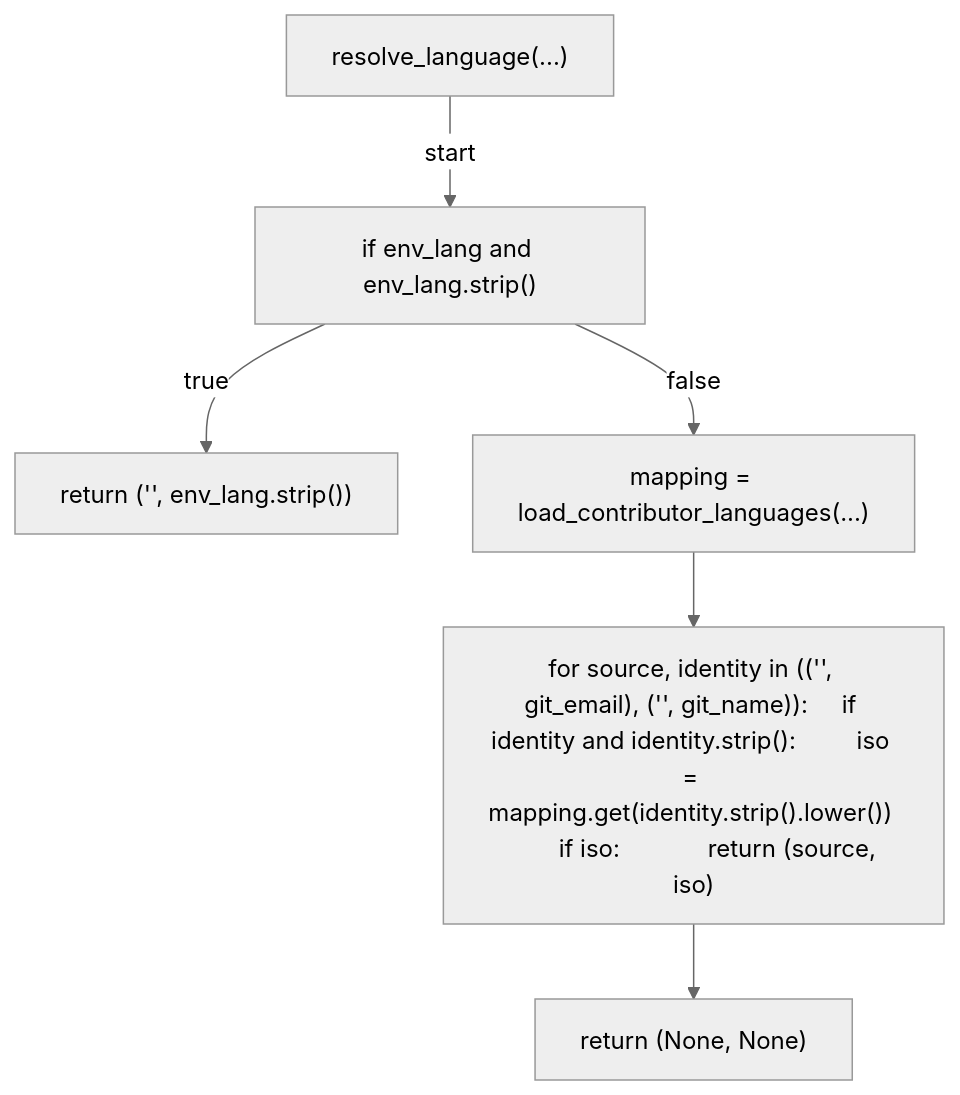
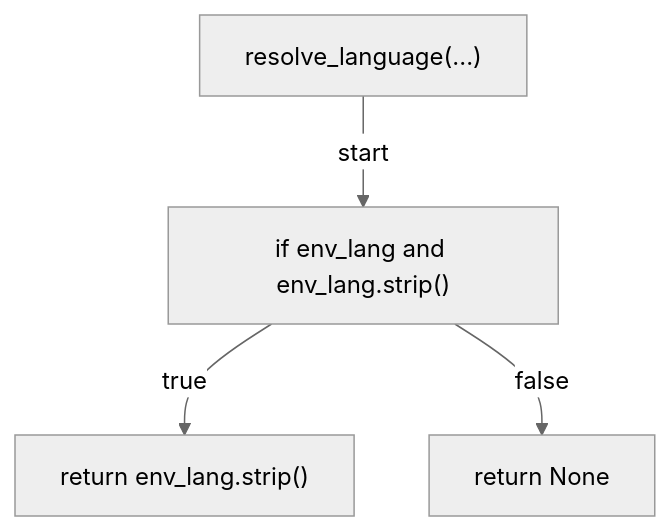
Before and after one commit to tvna/claude-md: the first of 6 diagrams in docs/generated/scripts/ast/plan_language_context.md, drawn with Mermaid (neutral theme). The commit also changed other lines of this file, not shown here.

First line of the commit message:
docs(generated): regenerate decision tree and workflow diagrams

````diff
--- a/docs/generated/scripts/ast/plan_language_context.md
+++ b/docs/generated/scripts/ast/plan_language_context.md
@@ -28,14 +7,10 @@
 ```mermaid
 flowchart TD
     N001["resolve_language(...)"]
     N002["if env_lang and env_lang.strip()"]
-    N003["return ('<str>', env_lang.strip())"]
-    N004["mapping = load_contributor_languages(...)"]
-    N005["for source, identity in (('<str>', git_email), ('<str>', git_name)):     if identity and identity.strip():         iso = mapping.get(identity.strip().lower())         if iso:             return (source, iso)"]
-    N006["return (None, None)"]
+    N003["return env_lang.strip()"]
+    N004["return None"]
     N001 -->|"start"| N002
     N002 -->|"true"| N003
     N002 -->|"false"| N004
-    N004 --> N005
-    N005 --> N006
 ```
````
